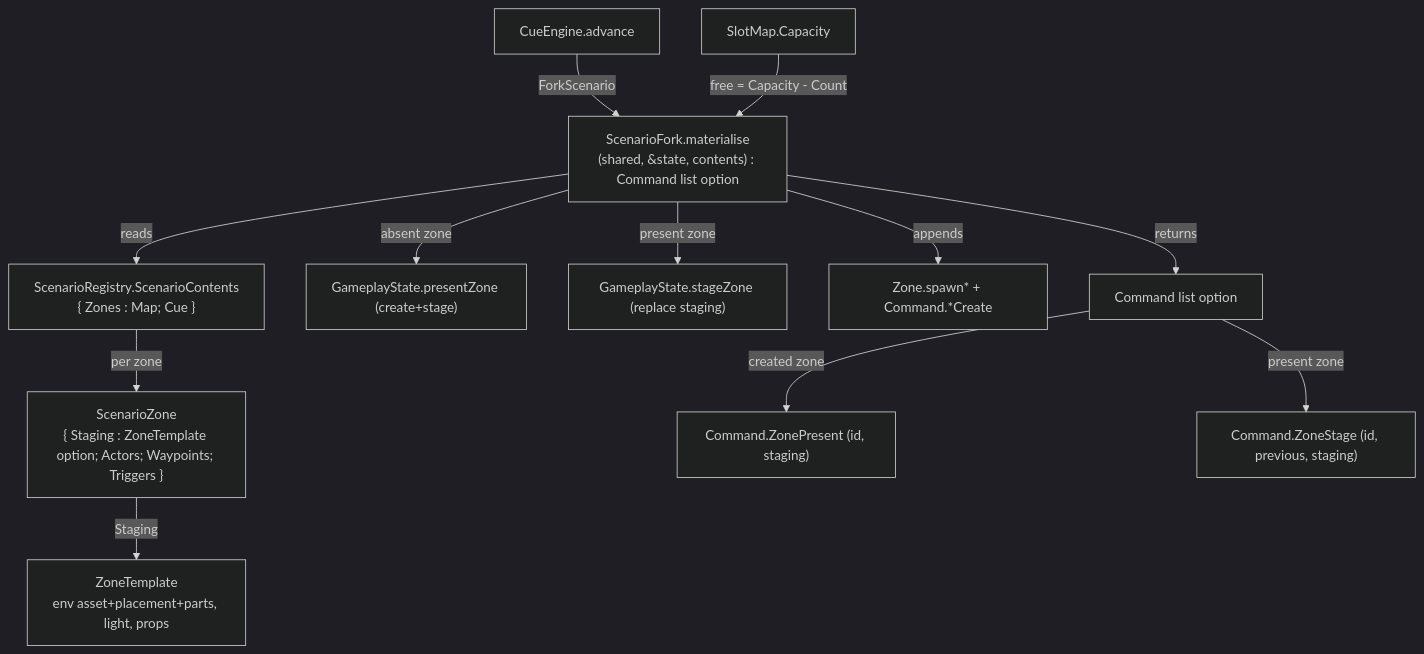
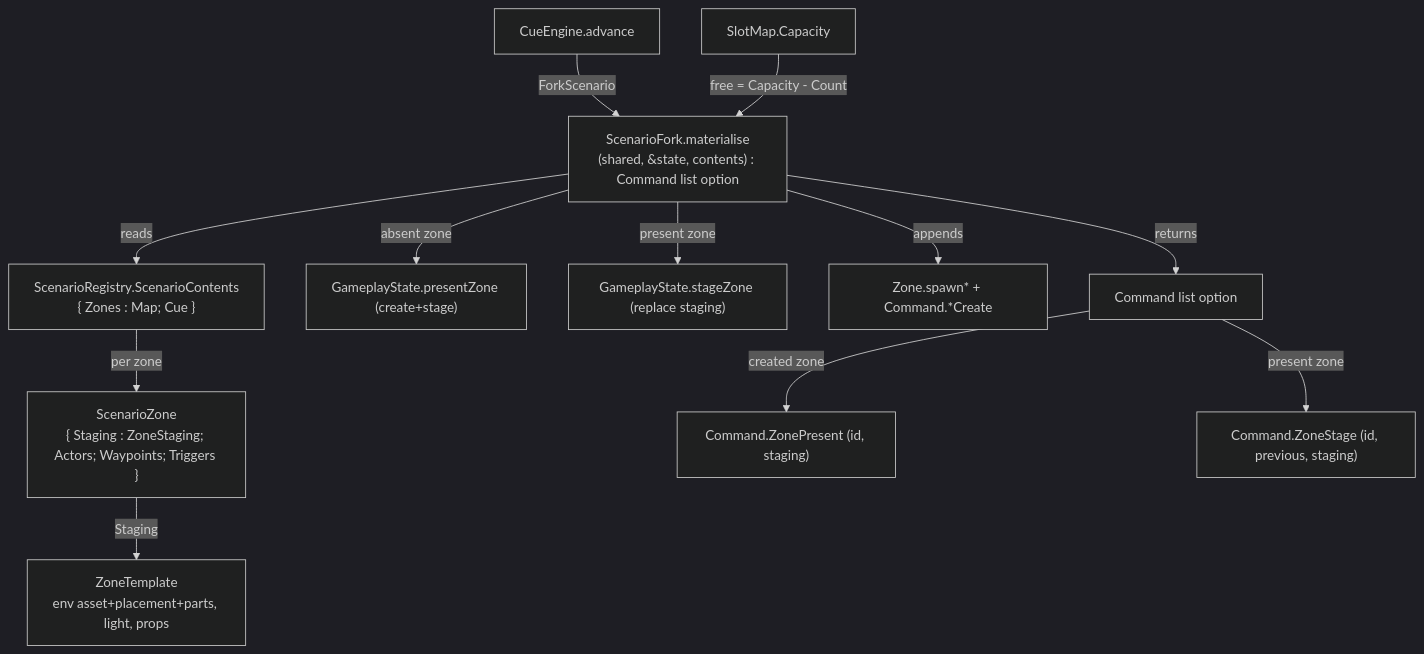
Before and after one commit to fswadling/Sugoi: the diagram in specs/079-scenario-owned-zones/data-model.md, drawn with Mermaid (dark theme). The commit also changed other lines of this file and 14 other files, not shown here.

````diff
--- a/specs/079-scenario-owned-zones/data-model.md
+++ b/specs/079-scenario-owned-zones/data-model.md
@@ -12,15 +12,15 @@
 ```mermaid
 graph TD
     SF["ScenarioFork.materialise<br/>(shared, &state, contents) : Command list option"]
     SF -->|reads| SC["ScenarioRegistry.ScenarioContents<br/>{ Zones : Map<string, ScenarioZone>; Cue }"]
-    SC -->|per zone| SZ["ScenarioZone<br/>{ Staging : ZoneTemplate option; Actors; Waypoints; Triggers }"]
+    SC -->|per zone| SZ["ScenarioZone<br/>{ Staging : ZoneStaging; Actors; Waypoints; Triggers }"]
     SZ -->|Staging| ZT["ZoneTemplate<br/>env asset+placement+parts, light, props"]
     SF -->|absent zone| P["GameplayState.presentZone (create+stage)"]
     SF -->|present zone| STG["GameplayState.stageZone (replace staging)"]
     SF -->|appends| Z["Zone.spawn* + Command.*Create"]
     SF -->|returns| CMDS["Command list option"]
     CMDS -->|created zone| ZP["Command.ZonePresent (id, staging)"]
     CMDS -->|present zone| ZS["Command.ZoneStage (id, previous, staging)"]
     CE["CueEngine.advance"] -->|ForkScenario| SF
     Q["SlotMap.Capacity"] -->|free = Capacity - Count| SF
 ```
````
